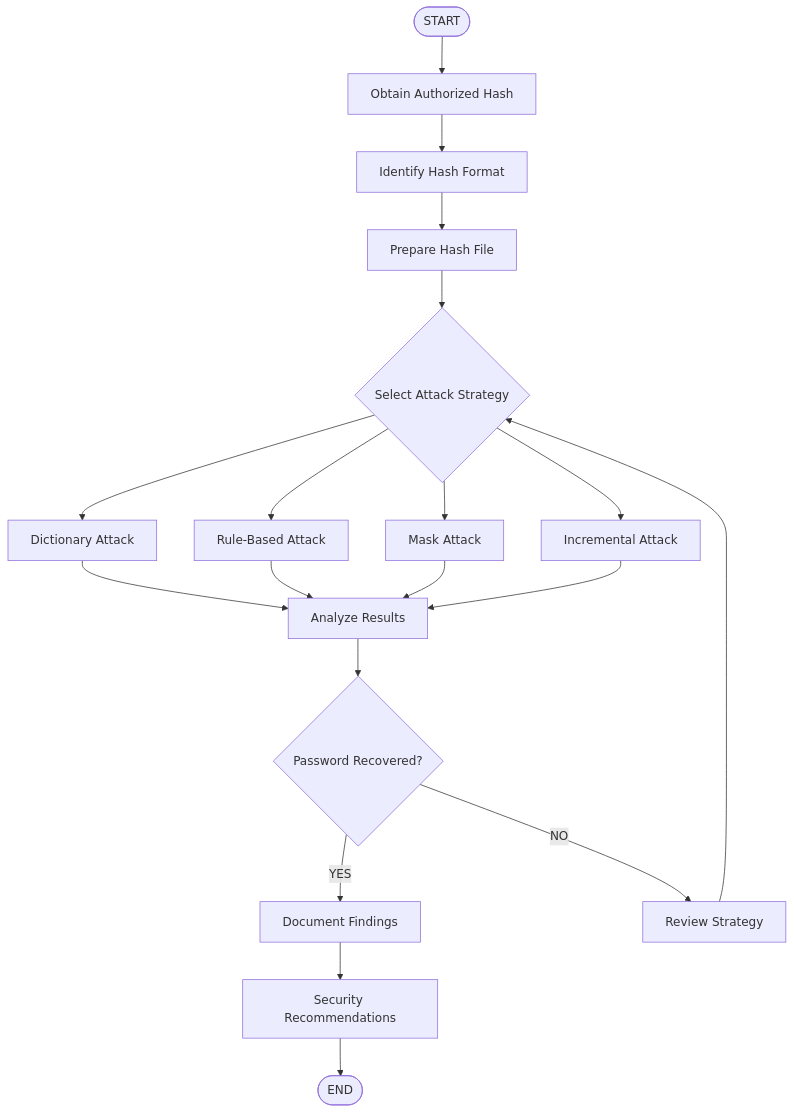
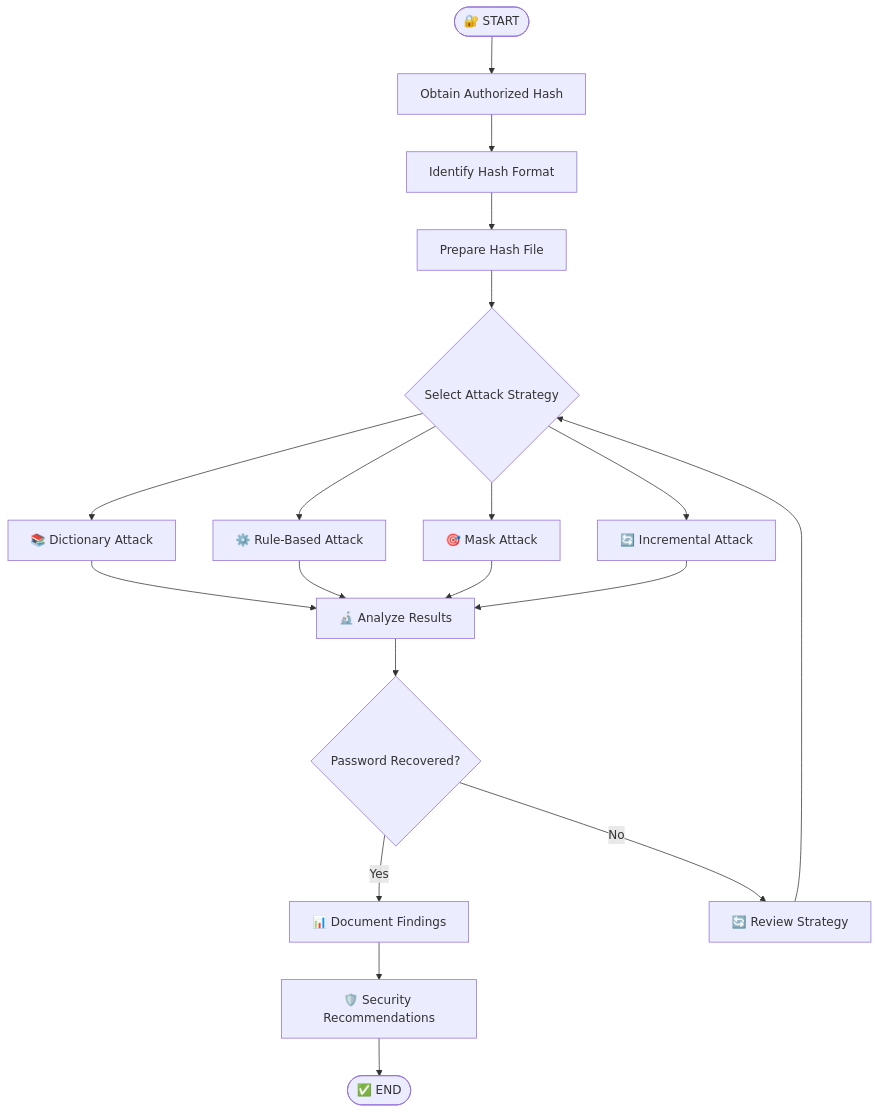
The diagram in README.md (omjeeojha0105-jpg/john-the-ripper-mastery), drawn with Mermaid before and after one commit. The commit also changed other lines of this file, not shown here.

````diff
--- a/README.md
+++ b/README.md
@@ -270,21 +394,21 @@
 ```mermaid
 flowchart TD
-    A(["START"]) --> B["Obtain Authorized Hash"]
+    A(["🔐 START"]) --> B["Obtain Authorized Hash"]
     B --> C["Identify Hash Format"]
     C --> D["Prepare Hash File"]
     D --> E{"Select Attack Strategy"}
-    E --> F["Dictionary Attack"]
-    E --> G["Rule-Based Attack"]
-    E --> H["Mask Attack"]
-    E --> I["Incremental Attack"]
-    F --> J["Analyze Results"]
+    E --> F["📚 Dictionary Attack"]
+    E --> G["⚙️ Rule-Based Attack"]
+    E --> H["🎯 Mask Attack"]
+    E --> I["🔄 Incremental Attack"]
+    F --> J["🔬 Analyze Results"]
     G --> J
     H --> J
     I --> J
     J --> K{"Password Recovered?"}
-    K -->|YES| L["Document Findings"]
-    K -->|NO| M["Review Strategy"]
+    K -->|Yes| L["📊 Document Findings"]
+    K -->|No| M["🔄 Review Strategy"]
     M --> E
-    L --> N["Security Recommendations"]
-    N --> O(["END"])
+    L --> N["🛡️ Security Recommendations"]
+    N --> O(["✅ END"])
 ```
````
